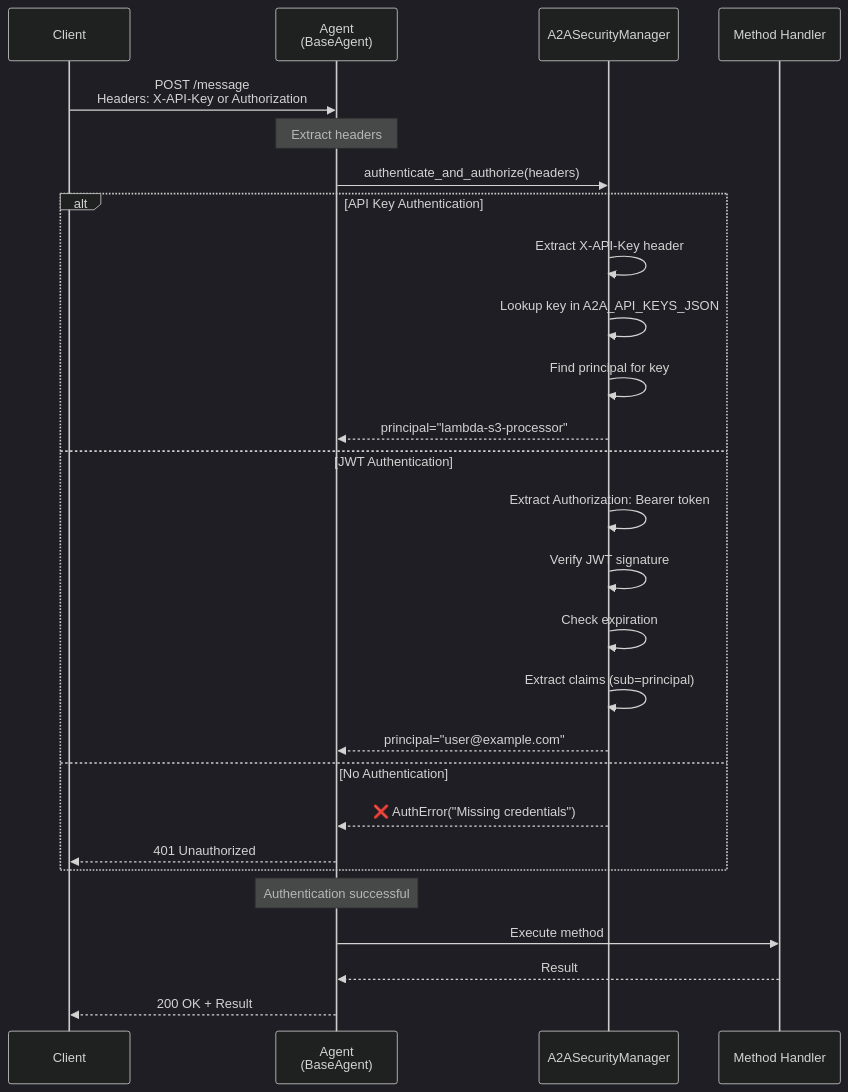
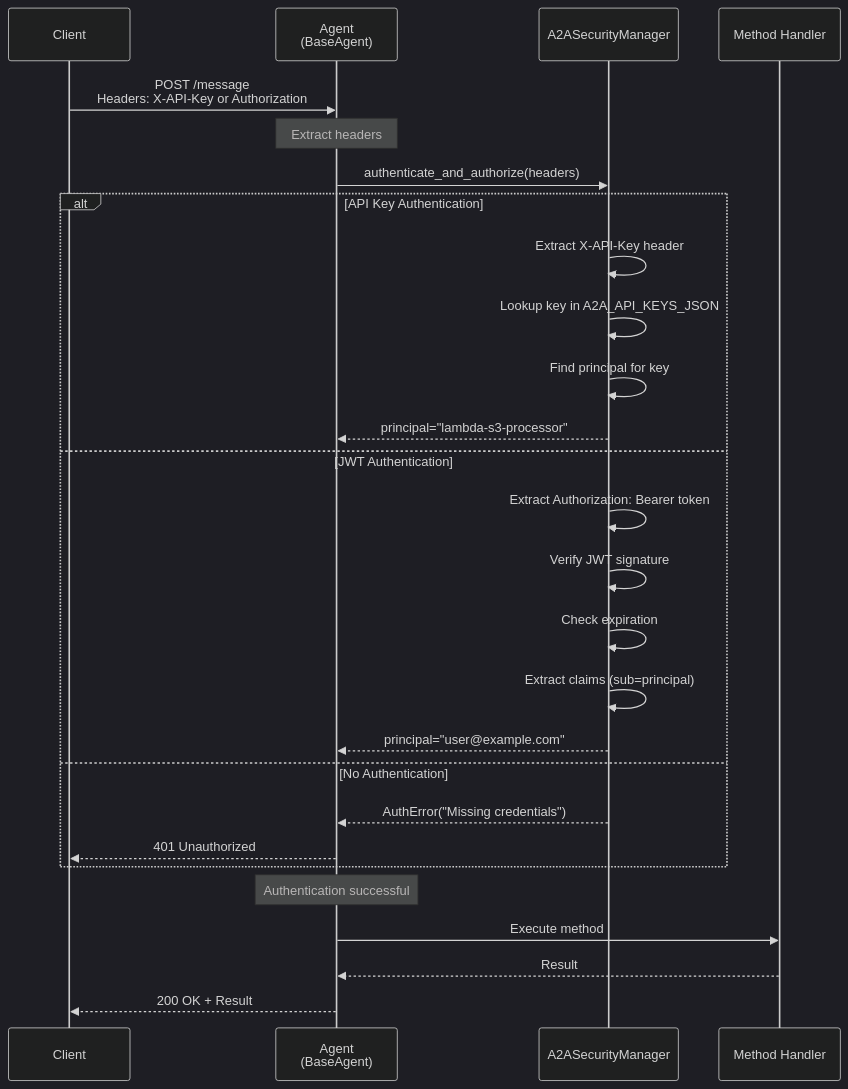
The fifth of 13 diagrams in A2A_PROTOCOL_SECURITY_TECHNICAL.md (jaafar-benabderrazak/ca_a2a), drawn with Mermaid (dark theme) before and after one commit. The commit also changed other lines of this file and 19 other files, not shown here.

````diff
--- a/A2A_PROTOCOL_SECURITY_TECHNICAL.md
+++ b/A2A_PROTOCOL_SECURITY_TECHNICAL.md
@@ -385,33 +385,33 @@
 ```mermaid
 sequenceDiagram
-    participant Client
-    participant Agent as Agent<br/>(BaseAgent)
-    participant Security as A2ASecurityManager
-    participant Handler as Method Handler
-    
-    Client->>Agent: POST /message<br/>Headers: X-API-Key or Authorization
-    
-    Note over Agent: Extract headers
-    Agent->>Security: authenticate_and_authorize(headers)
-    
-    alt API Key Authentication
-        Security->>Security: Extract X-API-Key header
-        Security->>Security: Lookup key in A2A_API_KEYS_JSON
-        Security->>Security: Find principal for key
-        Security-->>Agent: principal="lambda-s3-processor"
-    else JWT Authentication
-        Security->>Security: Extract Authorization: Bearer token
-        Security->>Security: Verify JWT signature
-        Security->>Security: Check expiration
-        Security->>Security: Extract claims (sub=principal)
-        Security-->>Agent: principal="user@example.com"
-    else No Authentication
-        Security-->>Agent: ❌ AuthError("Missing credentials")
-        Agent-->>Client: 401 Unauthorized
-    end
-    
-    Note over Agent: Authentication successful
-    Agent->>Handler: Execute method
-    Handler-->>Agent: Result
-    Agent-->>Client: 200 OK + Result
+ participant Client
+ participant Agent as Agent<br/>(BaseAgent)
+ participant Security as A2ASecurityManager
+ participant Handler as Method Handler
+ 
+ Client->>Agent: POST /message<br/>Headers: X-API-Key or Authorization
+ 
+ Note over Agent: Extract headers
+ Agent->>Security: authenticate_and_authorize(headers)
+ 
+ alt API Key Authentication
+ Security->>Security: Extract X-API-Key header
+ Security->>Security: Lookup key in A2A_API_KEYS_JSON
+ Security->>Security: Find principal for key
+ Security-->>Agent: principal="lambda-s3-processor"
+ else JWT Authentication
+ Security->>Security: Extract Authorization: Bearer token
+ Security->>Security: Verify JWT signature
+ Security->>Security: Check expiration
+ Security->>Security: Extract claims (sub=principal)
+ Security-->>Agent: principal="user@example.com"
+ else No Authentication
+ Security-->>Agent: AuthError("Missing credentials")
+ Agent-->>Client: 401 Unauthorized
+ end
+ 
+ Note over Agent: Authentication successful
+ Agent->>Handler: Execute method
+ Handler-->>Agent: Result
+ Agent-->>Client: 200 OK + Result
 ```
````
